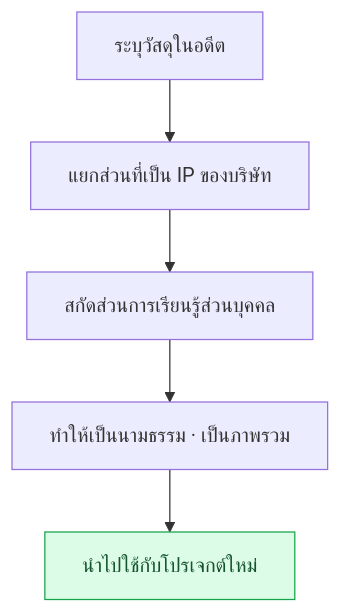
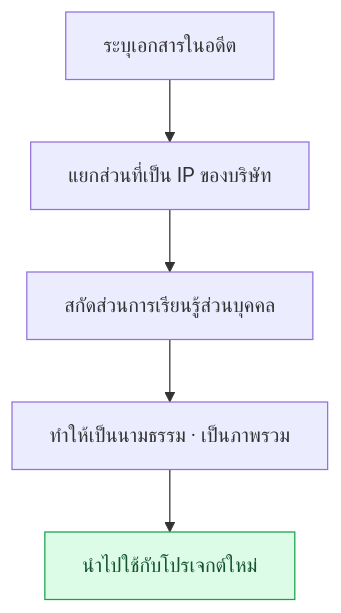
Before and after one commit to eremes81/game-design-ai-practice-th: the diagram in manuscript/part99-appendix/appendix-H-past-work-reuse.md, drawn with Mermaid. The commit also changed other lines of this file and 64 other files, not shown here.

````diff
--- a/manuscript/part99-appendix/appendix-H-past-work-reuse.md
+++ b/manuscript/part99-appendix/appendix-H-past-work-reuse.md
@@ -48,9 +48,9 @@
 ```mermaid
 flowchart TD
-    A["ระบุวัสดุในอดีต"] --> B["แยกส่วนที่เป็น IP ของบริษัท"]
+    A["ระบุเอกสารในอดีต"] --> B["แยกส่วนที่เป็น IP ของบริษัท"]
     B --> C["สกัดส่วนการเรียนรู้ส่วนบุคคล"]
     C --> D["ทำให้เป็นนามธรรม · เป็นภาพรวม"]
     D --> E["นำไปใช้กับโปรเจกต์ใหม่"]
     classDef pass fill:#dcfce7,stroke:#16a34a,color:#14532d;
     class E pass;
 ```
````
